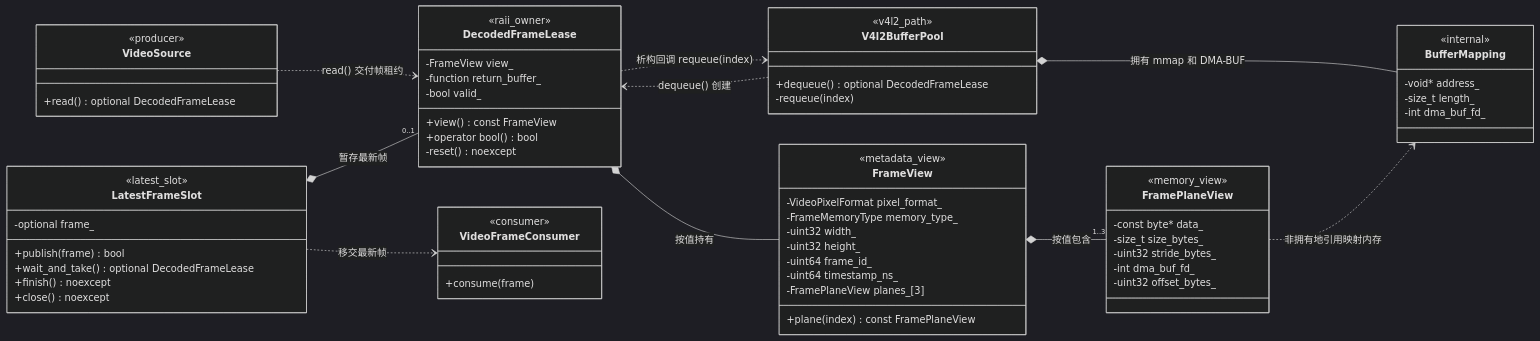
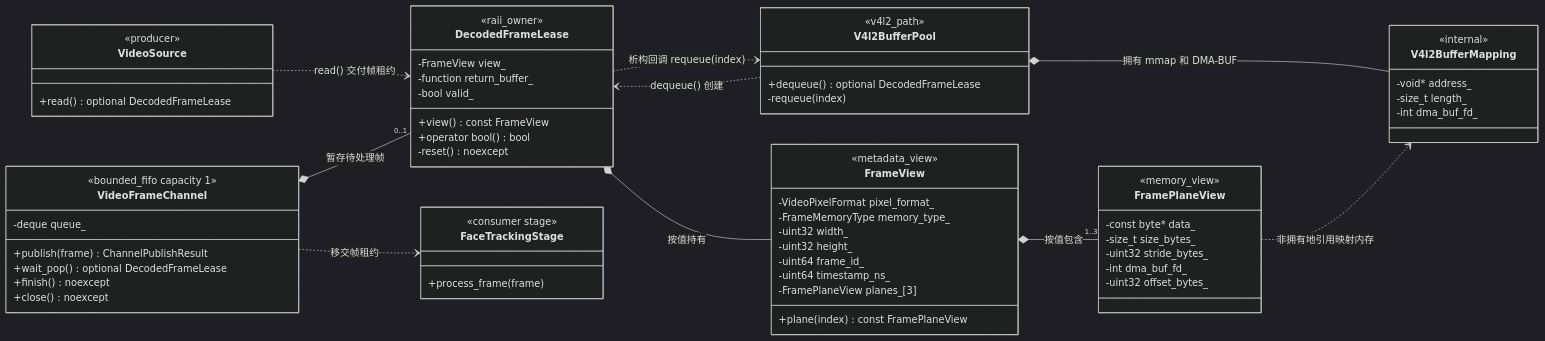
Before and after one commit to ytnxneydhsx/VTB: the third of 3 diagrams in docs/video-input-class-diagrams.md, drawn with Mermaid (dark theme). The commit also changed other lines of this file and 67 other files, not shown here.

````diff
--- a/docs/video-input-class-diagrams.md
+++ b/docs/video-input-class-diagrams.md
@@ -168,80 +205,80 @@
 ```mermaid
 classDiagram
     direction LR
 
     class VideoSource {
         <<producer>>
         +read() optional DecodedFrameLease
     }
 
     class V4l2BufferPool {
         <<v4l2_path>>
         +dequeue() optional DecodedFrameLease
         -requeue(index)
     }
 
-    class BufferMapping {
+    class V4l2BufferMapping {
         <<internal>>
         -void* address_
         -size_t length_
         -int dma_buf_fd_
     }
 
     class DecodedFrameLease {
         <<raii_owner>>
         -FrameView view_
         -function return_buffer_
         -bool valid_
         +view() const FrameView
         +operator bool() bool
         -reset() noexcept
     }
 
     class FrameView {
         <<metadata_view>>
         -VideoPixelFormat pixel_format_
         -FrameMemoryType memory_type_
         -uint32 width_
         -uint32 height_
         -uint64 frame_id_
         -uint64 timestamp_ns_
         -FramePlaneView planes_[3]
         +plane(index) const FramePlaneView
     }
 
     class FramePlaneView {
         <<memory_view>>
         -const byte* data_
         -size_t size_bytes_
         -uint32 stride_bytes_
         -int dma_buf_fd_
         -uint32 offset_bytes_
     }
 
-    class LatestFrameSlot {
-        <<latest_slot>>
-        -optional frame_
-        +publish(frame) bool
-        +wait_and_take() optional DecodedFrameLease
+    class VideoFrameChannel {
+        <<bounded_fifo capacity 1>>
+        -deque queue_
+        +publish(frame) ChannelPublishResult
+        +wait_pop() optional DecodedFrameLease
         +finish() noexcept
         +close() noexcept
     }
 
-    class VideoFrameConsumer {
-        <<consumer>>
-        +consume(frame)
+    class FaceTrackingStage {
+        <<consumer stage>>
+        +process_frame(frame)
     }
 
     VideoSource ..> DecodedFrameLease : read() 交付帧租约
 
-    V4l2BufferPool *-- BufferMapping : 拥有 mmap 和 DMA-BUF
+    V4l2BufferPool *-- V4l2BufferMapping : 拥有 mmap 和 DMA-BUF
     V4l2BufferPool ..> DecodedFrameLease : dequeue() 创建
-    FramePlaneView ..> BufferMapping : 非拥有地引用映射内存
+    FramePlaneView ..> V4l2BufferMapping : 非拥有地引用映射内存
 
     DecodedFrameLease *-- FrameView : 按值持有
     FrameView *-- "1..3" FramePlaneView : 按值包含
     DecodedFrameLease ..> V4l2BufferPool : 析构回调 requeue(index)
 
-    LatestFrameSlot *-- "0..1" DecodedFrameLease : 暂存最新帧
-    LatestFrameSlot ..> VideoFrameConsumer : 移交最新帧
+    VideoFrameChannel *-- "0..1" DecodedFrameLease : 暂存待处理帧
+    VideoFrameChannel ..> FaceTrackingStage : 移交帧租约
 ```
````
